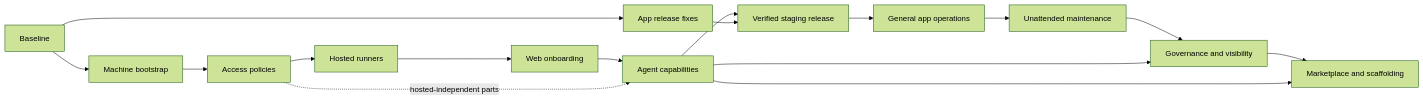
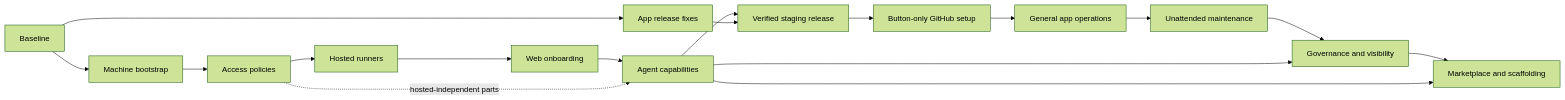
One commit to Werewolf-Solutions/psm changed the diagram in docs/roadmaps/README.md. Above: the diagram before and after it, drawn with Mermaid (forest theme). The commit also changed other lines of this file and 78 other files, not shown here.

First line of the commit message:
Set up release controllers through the GitHub App, and open every page with what to do (0.3.15)

````diff
--- a/docs/roadmaps/README.md
+++ b/docs/roadmaps/README.md
@@ -79,18 +131,19 @@
 ```mermaid
 flowchart LR
   P00[Baseline] --> P01[Machine bootstrap]
   P01 --> P02[Access policies]
   P02 --> P03[Hosted runners]
   P03 --> P04[Web onboarding]
   P04 --> P05[Agent capabilities]
   P02 -. hosted-independent parts .-> P05
   P00 --> P06[App release fixes]
   P05 --> P07[Verified staging release]
   P06 --> P07
-  P07 --> P08[General app operations]
+  P07 --> P07a[Button-only GitHub setup]
+  P07a --> P08[General app operations]
   P08 --> P09[Unattended maintenance]
   P09 --> P10[Governance and visibility]
   P05 --> P10
   P10 --> P11[Marketplace and scaffolding]
   P05 --> P11
 ```
````
